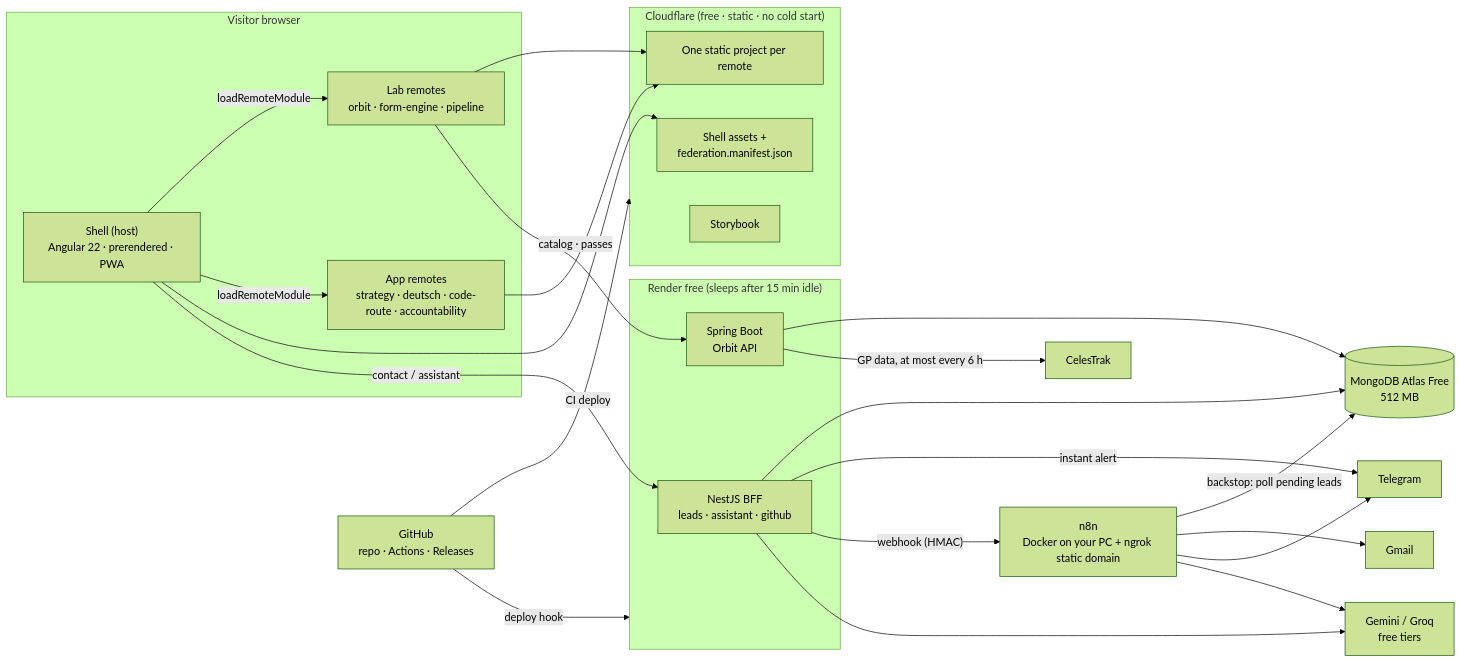
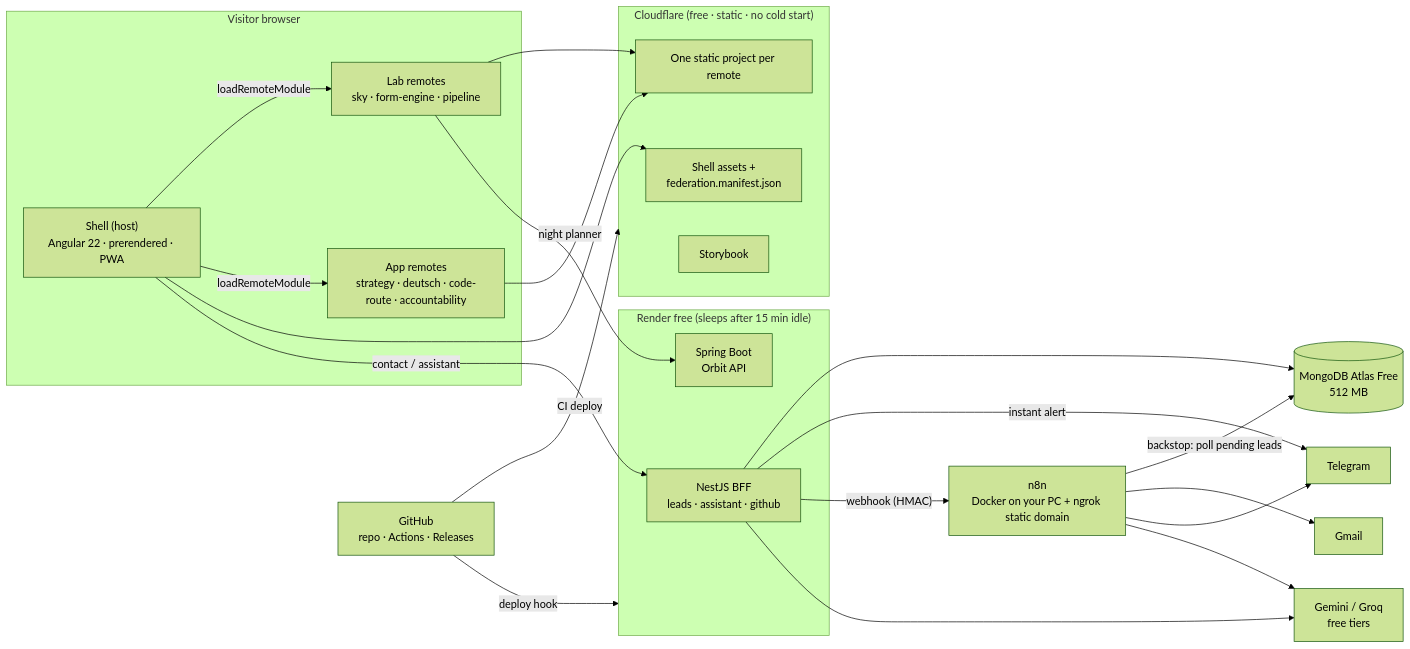
One commit to AHrichi/hrichi-platform changed the first of 4 diagrams in docs/architecture.md. Above: the diagram before and after it, drawn with Mermaid (forest theme). The commit also changed other lines of this file and 79 other files, not shown here.

First line of the commit message:
feat: the Orbit API becomes the Sky lab's night planner

````diff
--- a/docs/architecture.md
+++ b/docs/architecture.md
@@ -128,46 +128,44 @@
 ```mermaid
 flowchart LR
   subgraph Browser["Visitor browser"]
     SH["Shell (host)<br/>Angular 22 · prerendered · PWA"]
-    RL["Lab remotes<br/>orbit · form-engine · pipeline"]
+    RL["Lab remotes<br/>sky · form-engine · pipeline"]
     RA["App remotes<br/>strategy · deutsch · code-route · accountability"]
     SH -- "loadRemoteModule" --> RL
     SH -- "loadRemoteModule" --> RA
   end
 
   subgraph CF["Cloudflare (free · static · no cold start)"]
     CFS["Shell assets +<br/>federation.manifest.json"]
     CFR["One static project per remote"]
     CFB["Storybook"]
   end
 
   subgraph RD["Render free (sleeps after 15 min idle)"]
     API["NestJS BFF<br/>leads · assistant · github"]
     PE["Spring Boot<br/>Orbit API"]
   end
 
   DB[("MongoDB Atlas Free<br/>512 MB")]
   N8N["n8n<br/>Docker on your PC + ngrok static domain"]
   TG["Telegram"]
   GM["Gmail"]
   LLM["Gemini / Groq<br/>free tiers"]
   GH["GitHub<br/>repo · Actions · Releases"]
 
   SH --> CFS
   RL --> CFR
   RA --> CFR
   SH -- "contact / assistant" --> API
-  RL -- "catalog · passes" --> PE
-  PE --> DB
-  PE -- "GP data, at most every 6 h" --> CT["CelesTrak"]
+  RL -- "night planner" --> PE
   API --> DB
   API -- "instant alert" --> TG
   API -- "webhook (HMAC)" --> N8N
   N8N -- "backstop: poll pending leads" --> DB
   N8N --> GM
   N8N --> TG
   API --> LLM
   N8N --> LLM
   GH -- "CI deploy" --> CF
   GH -- "deploy hook" --> RD
 ```
````
